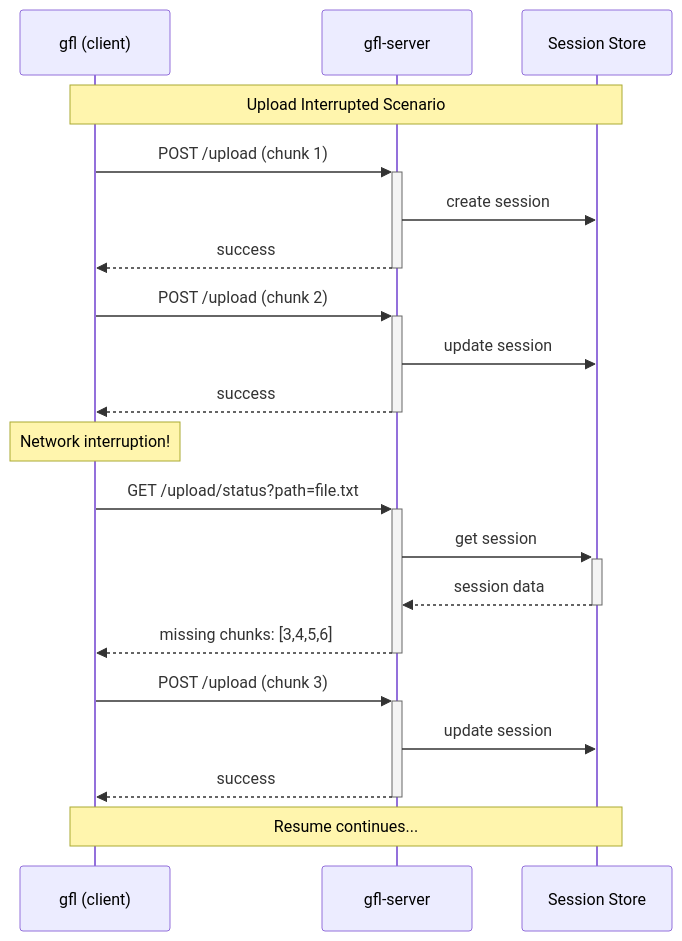
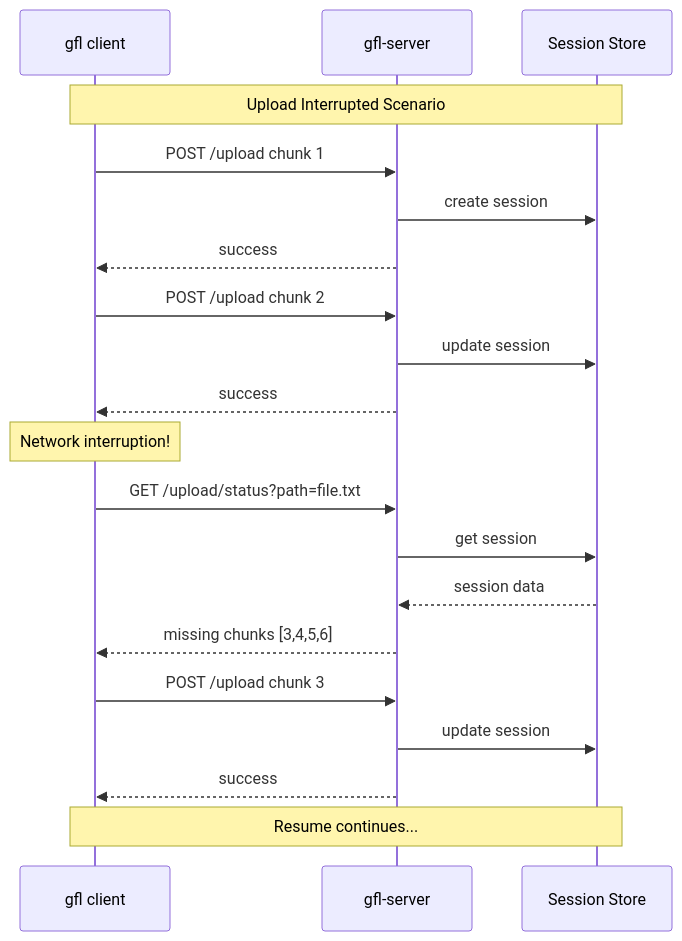
The third of 7 diagrams in docs/architecture.md (0xRepo-Source/goflux-lite), drawn with Mermaid before and after one commit. The commit also changed other lines of this file, not shown here.

First line of the commit message:
Refactor architecture diagrams for clarity and consistency

````diff
--- a/docs/architecture.md
+++ b/docs/architecture.md
@@ -106,29 +90,29 @@
 ```mermaid
 sequenceDiagram
-    participant C as gfl (client)
+    participant C as gfl client
     participant S as gfl-server
-    participant MS as Session Store
+    participant SS as Session Store
     
-    Note over C,MS: Upload Interrupted Scenario
+    Note over C,SS: Upload Interrupted Scenario
     
-    C->>+S: POST /upload (chunk 1)
-    S->>MS: create session
-    S-->>-C: success
+    C->>S: POST /upload chunk 1
+    S->>SS: create session
+    S-->>C: success
     
-    C->>+S: POST /upload (chunk 2)
-    S->>MS: update session
-    S-->>-C: success
+    C->>S: POST /upload chunk 2
+    S->>SS: update session
+    S-->>C: success
     
     Note over C: Network interruption!
     
-    C->>+S: GET /upload/status?path=file.txt
-    S->>+MS: get session
-    MS-->>-S: session data
-    S-->>-C: missing chunks: [3,4,5,6]
+    C->>S: GET /upload/status?path=file.txt
+    S->>SS: get session
+    SS-->>S: session data
+    S-->>C: missing chunks [3,4,5,6]
     
-    C->>+S: POST /upload (chunk 3)
-    S->>MS: update session
-    S-->>-C: success
+    C->>S: POST /upload chunk 3
+    S->>SS: update session
+    S-->>C: success
     
-    Note over C,MS: Resume continues...
+    Note over C,SS: Resume continues...
 ```
````
